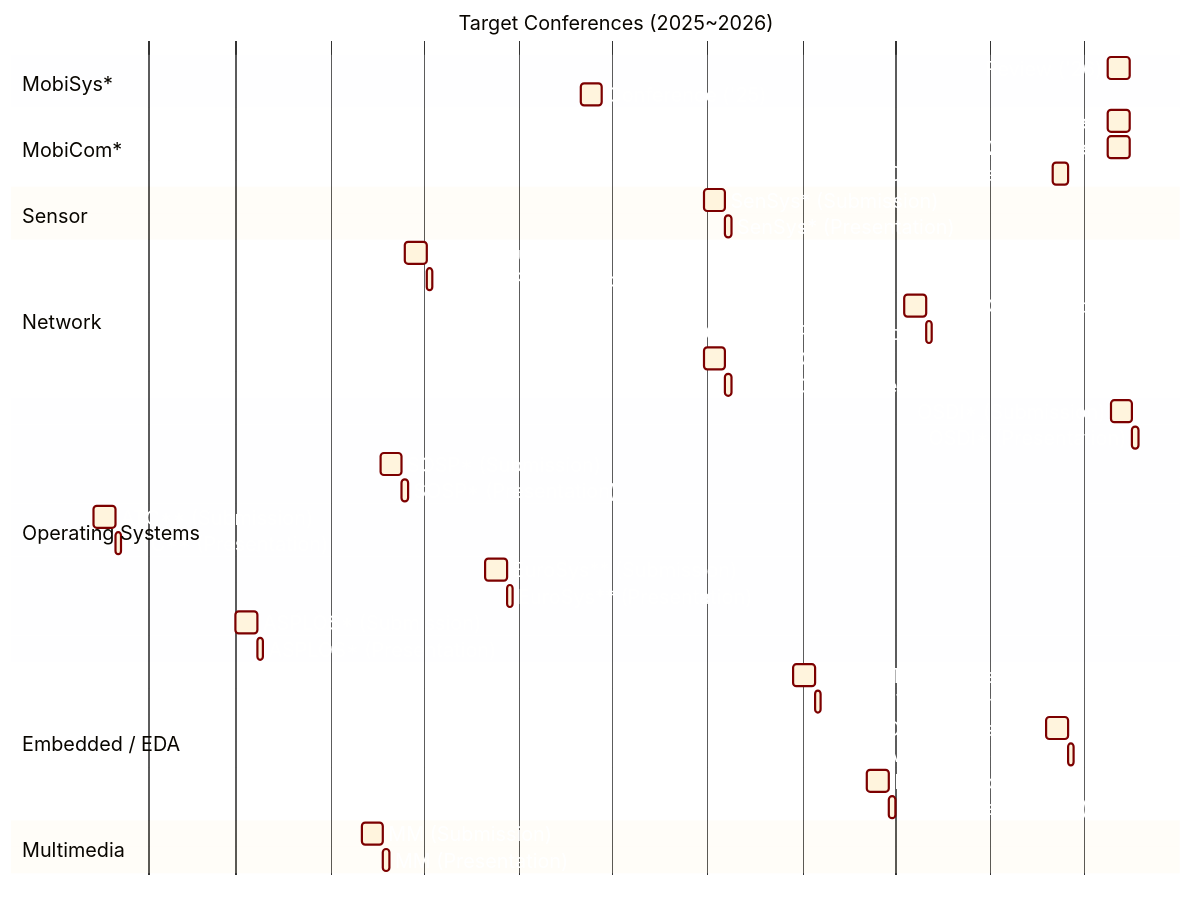
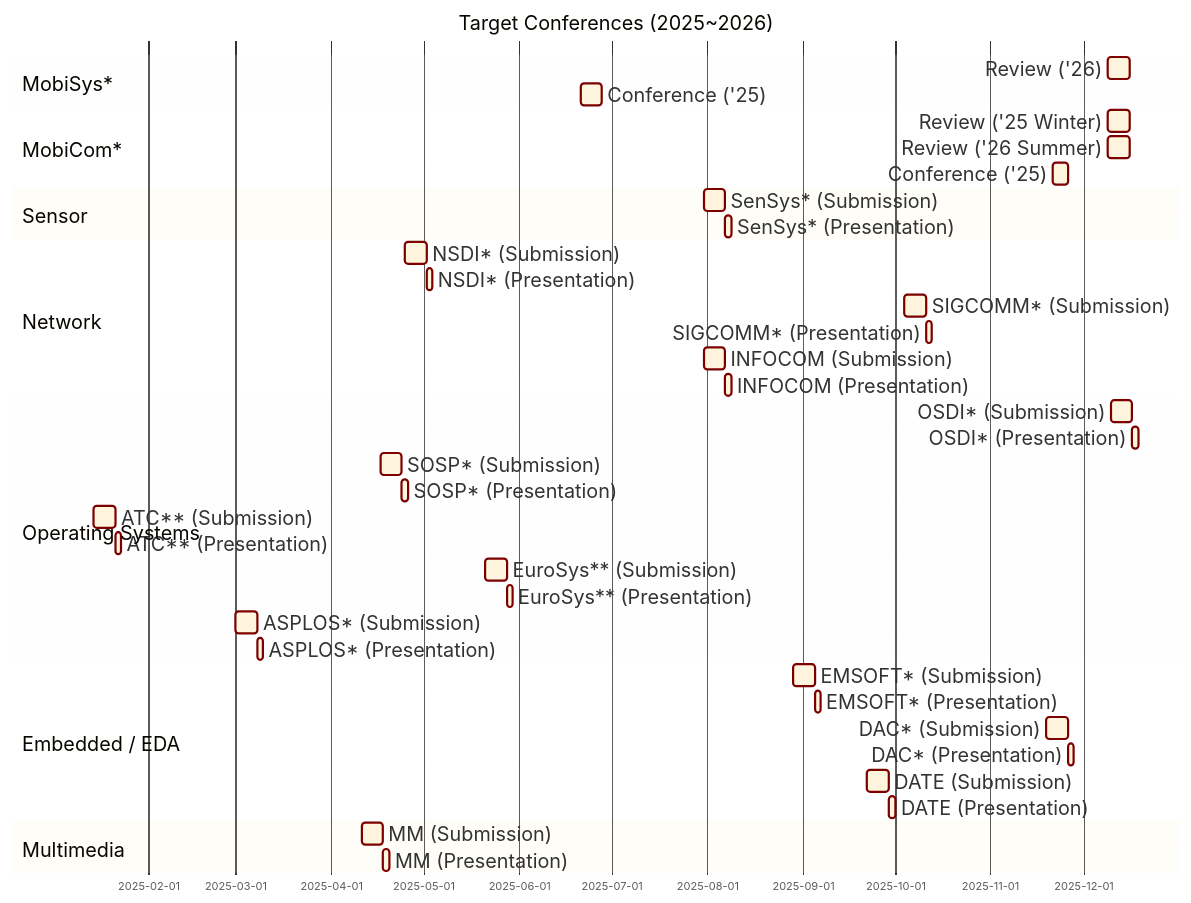
One commit to iamseonghoon/Mobile-Systems-Conference-Timelines changed the diagram in README.md. Above: the diagram before and after it, drawn with Mermaid.

````diff
--- a/README.md
+++ b/README.md
@@ -5,81 +5,80 @@
 ```mermaid
 %%{init: {'theme': 'base',
 'themeVariables': {
       'fontSize': '18px',
-      'primaryTextColor': '#fff',
       'primaryBorderColor': '#7C0000',
       'lineColor': '#F8B229',
       'secondaryColor': '#006100'},
 "gantt": {
       "fontSize": 18,
       "sectionFontSize": 18,
       "axisFontSize": 20 
   }}}%%
 gantt
     dateFormat  YYYY-MM-DD
     title Target Conferences (2025~2026)
 
     %% --------------------------
     %% Mobile
     %% --------------------------
     section MobiSys*
     Review ('26)        :mobisys-review,    2025-12-09, 7d
     Conference ('25)      :mobisys-conf,    2025-06-21, 7d
     
 
     section MobiCom*
     Review ('25 Winter)       :mobicom-review1,    2025-12-09, 7d
     Review ('26 Summer)       :mobicom-review2,    2025-12-09, 7d
     Conference ('25)          :mobicom-conf,    2025-11-21, 5d
 
     %% --------------------------
     %% Sensor
     %% --------------------------
     section Sensor
     SenSys* (Submission)        :sens-sub,  2025-07-31, 7d
     SenSys* (Presentation)      :sens-pres, after sens-sub, 2d
 
     %% --------------------------
     %% Network
     %% --------------------------
     section Network
     NSDI* (Submission)          :nsdi-sub,  2025-04-25, 7d
     NSDI* (Presentation)        :nsdi-pres, after nsdi-sub, 2d
     SIGCOMM* (Submission)       :sig-sub,   2025-10-04, 7d
     SIGCOMM* (Presentation)     :sig-pres,  after sig-sub, 2d
     INFOCOM (Submission)        :info-sub,  2025-07-31, 7d
     INFOCOM (Presentation)      :info-pres, after info-sub, 2d
 
     %% --------------------------
     %% Operating Systems
     %% --------------------------
     section Operating Systems
     OSDI* (Submission)          :osdi-sub,  2025-12-10, 7d
     OSDI* (Presentation)        :osdi-pres, after osdi-sub, 2d
     SOSP* (Submission)          :sosp-sub,  2025-04-17, 7d
     SOSP* (Presentation)        :sosp-pres, after sosp-sub, 2d
     ATC** (Submission)          :atc-sub,   2025-01-14, 7d
     ATC** (Presentation)        :atc-pres,  after atc-sub, 2d
     EuroSys** (Submission)      :euros-sub, 2025-05-21, 7d
     EuroSys** (Presentation)    :euros-pres,after euros-sub, 2d
     ASPLOS* (Submission)        :aspl-sub,  2025-03-01, 7d
     ASPLOS* (Presentation)      :aspl-pres, after aspl-sub, 2d
 
     %% --------------------------
     %% Embedded / EDA
     %% --------------------------
     section Embedded / EDA
     EMSOFT* (Submission)        :ems-sub,   2025-08-29, 7d
     EMSOFT* (Presentation)      :ems-pres,  after ems-sub, 2d
     DAC* (Submission)           :dac-sub,   2025-11-19, 7d
     DAC* (Presentation)         :dac-pres,  after dac-sub, 2d
     DATE (Submission)           :date-sub,  2025-09-22, 7d
     DATE (Presentation)         :date-pres, after date-sub, 2d
 
     %% --------------------------
     %% Multimedia
     %% --------------------------
     section Multimedia
     MM (Submission)             :mm-sub,    2025-04-11, 7d
     MM (Presentation)           :mm-pres,   after mm-sub, 2d
 ```
````
